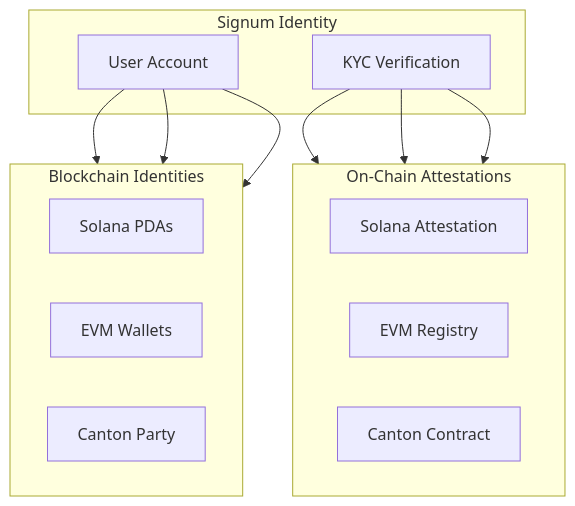
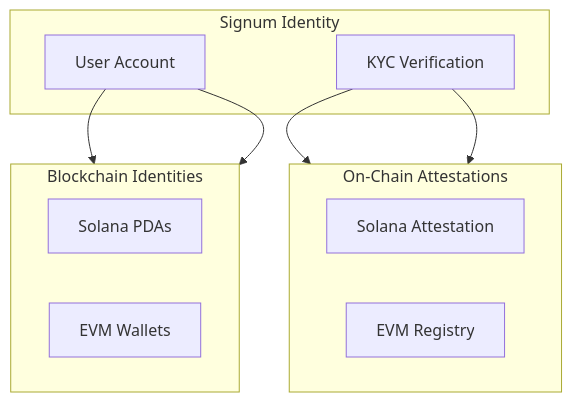
Before and after one commit to SignumIdentity/mintlify-docs: the second of 3 diagrams in chains/overview.mdx, drawn with Mermaid. The commit also changed other lines of this file and 12 other files, not shown here.

````diff
--- a/chains/overview.mdx
+++ b/chains/overview.mdx
@@ -12,29 +39,25 @@
 ```mermaid
 flowchart TB
     subgraph Signum["Signum Identity"]
         User[User Account]
         KYC[KYC Verification]
     end
     
     subgraph Chains["Blockchain Identities"]
         direction LR
         Solana[Solana PDAs]
         EVM[EVM Wallets]
-        Canton[Canton Party]
     end
     
     subgraph Attestations["On-Chain Attestations"]
         direction LR
         SolAttest[Solana Attestation]
         EVMAttest[EVM Registry]
-        CantonAttest[Canton Contract]
     end
     
     User --> Solana
     User --> EVM
-    User --> Canton
     
     KYC --> SolAttest
     KYC --> EVMAttest
-    KYC --> CantonAttest
 ```
````
